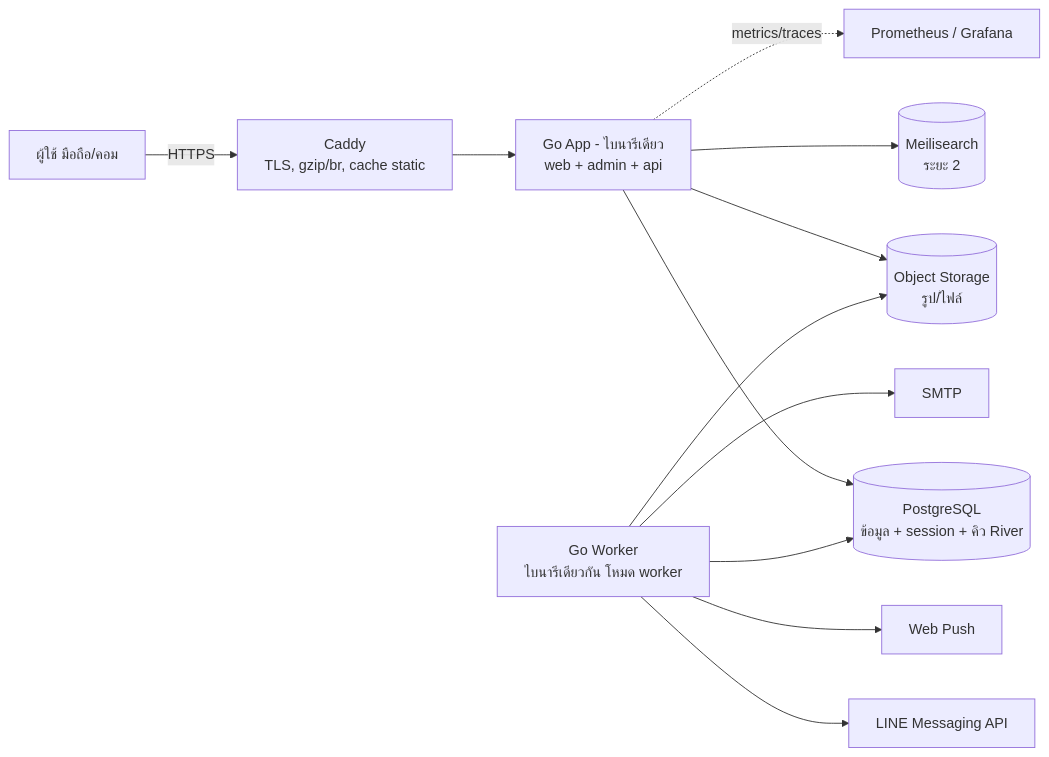
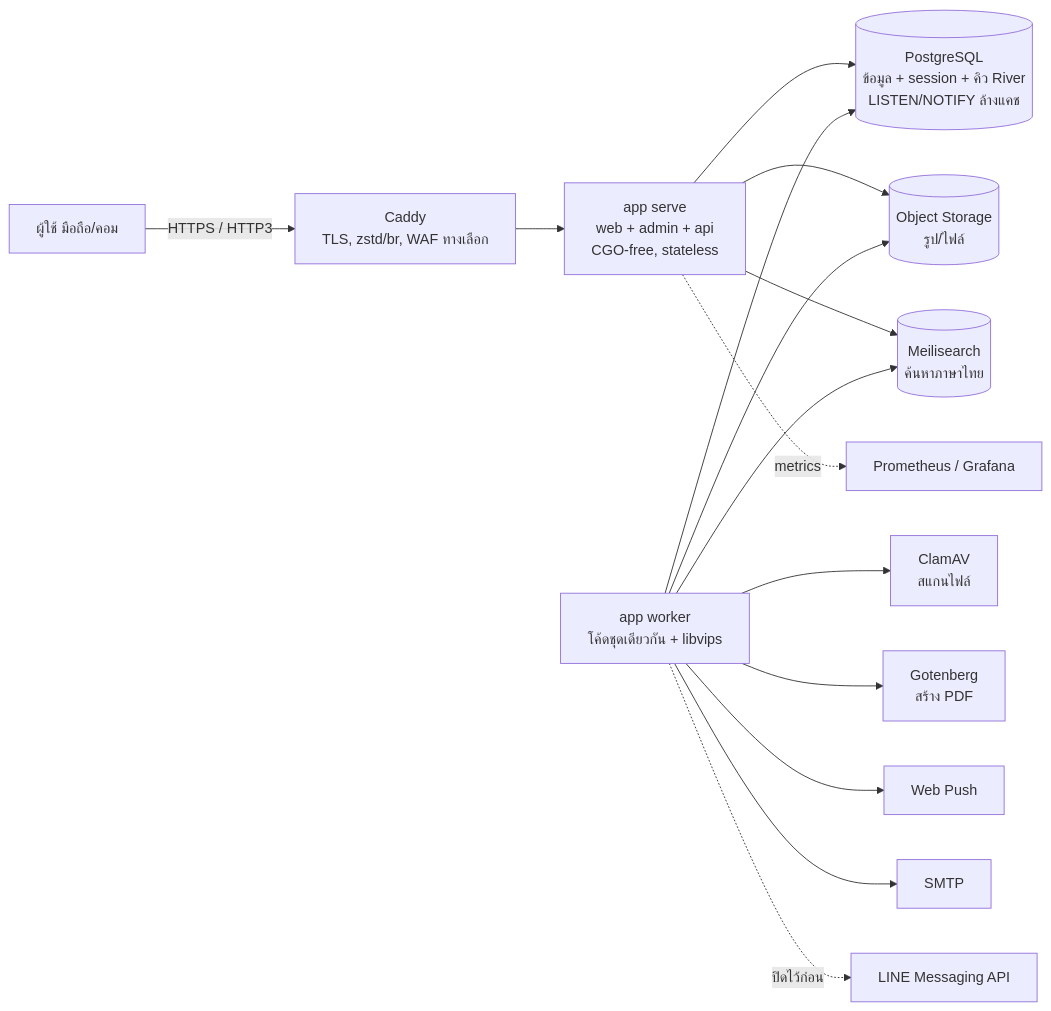
The third of 7 diagrams in docs/ARCHITECTURE.md (aletheiamask/Public-Health), drawn with Mermaid before and after one commit. The commit also changed other lines of this file and 2 other files, not shown here.

````diff
--- a/docs/ARCHITECTURE.md
+++ b/docs/ARCHITECTURE.md
@@ -303,14 +306,17 @@
 ```mermaid
 flowchart LR
-  U[ผู้ใช้ มือถือ/คอม] -->|HTTPS| C[Caddy<br/>TLS, gzip/br, cache static]
-  C --> APP[Go App - ไบนารีเดียว<br/>web + admin + api]
-  APP --> PG[(PostgreSQL<br/>ข้อมูล + session + คิว River)]
+  U[ผู้ใช้ มือถือ/คอม] -->|HTTPS / HTTP3| C[Caddy<br/>TLS, zstd/br, WAF ทางเลือก]
+  C --> APP[app serve<br/>web + admin + api<br/>CGO-free, stateless]
+  APP --> PG[(PostgreSQL<br/>ข้อมูล + session + คิว River<br/>LISTEN/NOTIFY ล้างแคช)]
   APP --> OS[(Object Storage<br/>รูป/ไฟล์)]
-  APP --> MS[(Meilisearch<br/>ระยะ 2)]
-  W[Go Worker<br/>ไบนารีเดียวกัน โหมด worker] --> PG
-  W --> LINE[LINE Messaging API]
+  APP --> MS[(Meilisearch<br/>ค้นหาภาษาไทย)]
+  W[app worker<br/>โค้ดชุดเดียวกัน + libvips] --> PG
+  W --> OS
+  W --> AV[ClamAV<br/>สแกนไฟล์]
+  W --> PDF[Gotenberg<br/>สร้าง PDF]
+  W --> MS
   W --> PUSH[Web Push]
   W --> MAIL[SMTP]
-  W --> OS
-  APP -.metrics/traces.-> OBS[Prometheus / Grafana]
+  W -.ปิดไว้ก่อน.-> LINE[LINE Messaging API]
+  APP -.metrics.-> OBS[Prometheus / Grafana]
 ```
````
